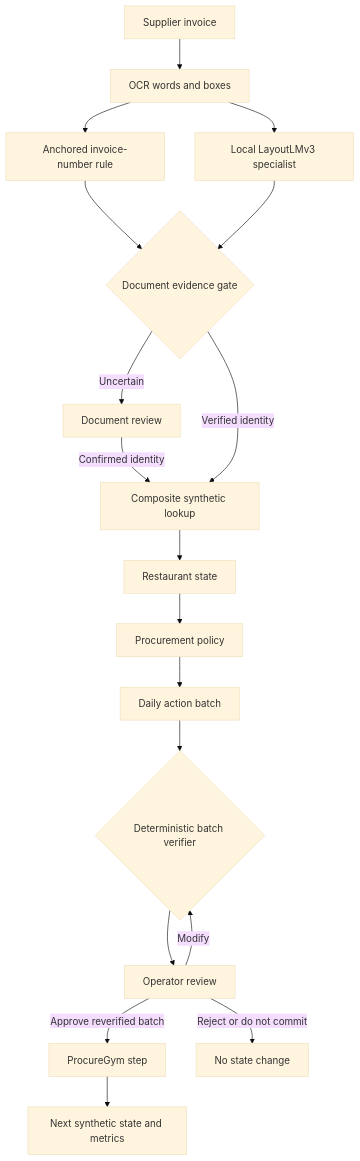
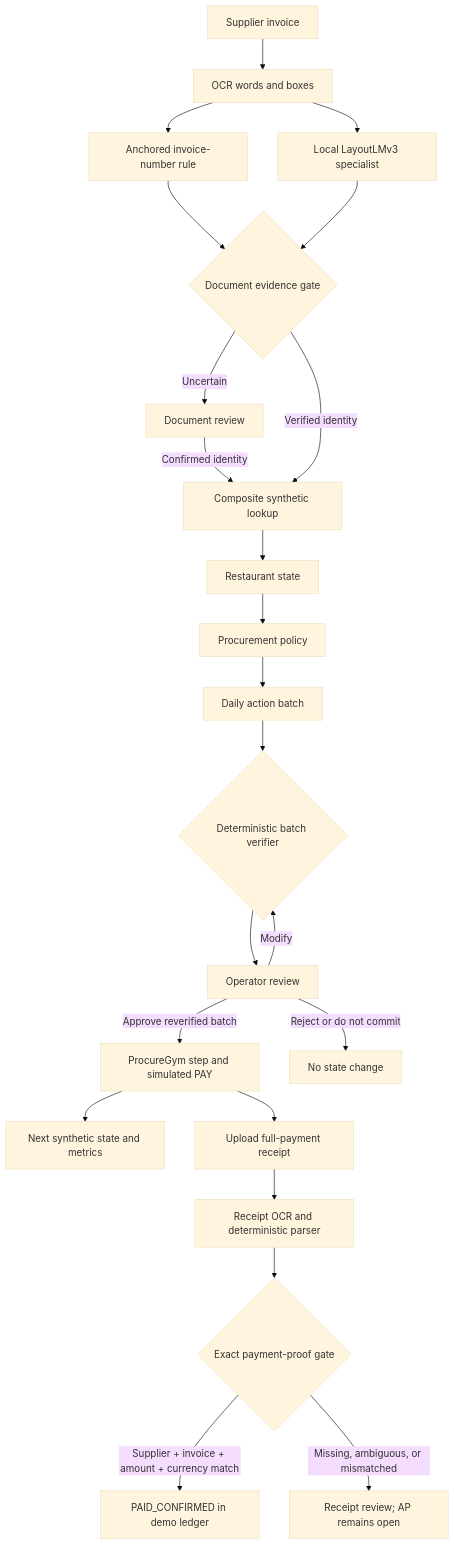
Before and after one commit to sasap91/invoiceagent: the first of 2 diagrams in docs/PRD.md, drawn with Mermaid (base theme). The commit also changed other lines of this file, not shown here.

Commit message:
docs: add AP receipt-proof demo and integration plan

```diff
--- a/docs/PRD.md
+++ b/docs/PRD.md
@@ -164,20 +170,25 @@
 ~~~mermaid
 flowchart TD
     A[Supplier invoice] --> B[OCR words and boxes]
     B --> C[Anchored invoice-number rule]
     B --> D[Local LayoutLMv3 specialist]
     C --> E{Document evidence gate}
     D --> E
     E -->|Uncertain| F[Document review]
     F -->|Confirmed identity| G[Composite synthetic lookup]
     E -->|Verified identity| G
     G --> H[Restaurant state]
     H --> I[Procurement policy]
     I --> J[Daily action batch]
     J --> K{Deterministic batch verifier}
     K --> L[Operator review]
     L -->|Modify| K
-    L -->|Approve reverified batch| M[ProcureGym step]
+    L -->|Approve reverified batch| M[ProcureGym step and simulated PAY]
     L -->|Reject or do not commit| N[No state change]
     M --> O[Next synthetic state and metrics]
+    M --> P[Upload full-payment receipt]
+    P --> Q[Receipt OCR and deterministic parser]
+    Q --> R{Exact payment-proof gate}
+    R -->|Supplier + invoice + amount + currency match| S[PAID_CONFIRMED in demo ledger]
+    R -->|Missing, ambiguous, or mismatched| T[Receipt review; AP remains open]
 ~~~
```
